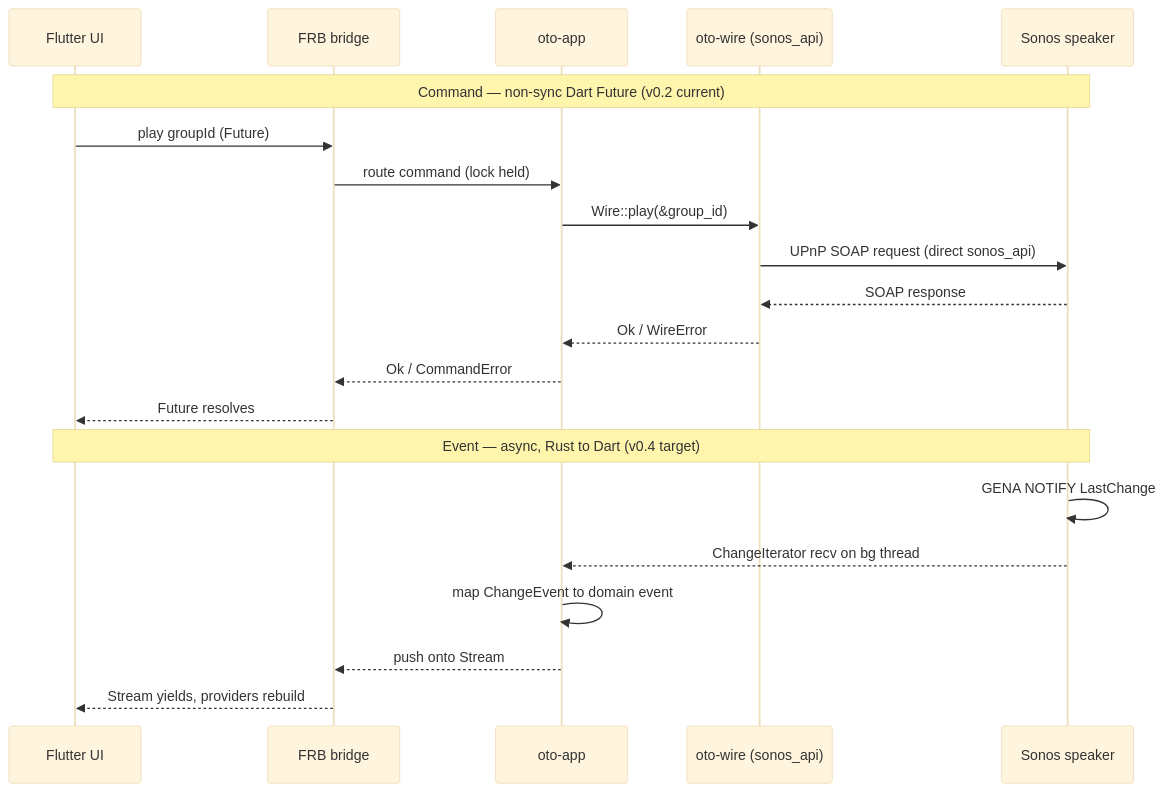
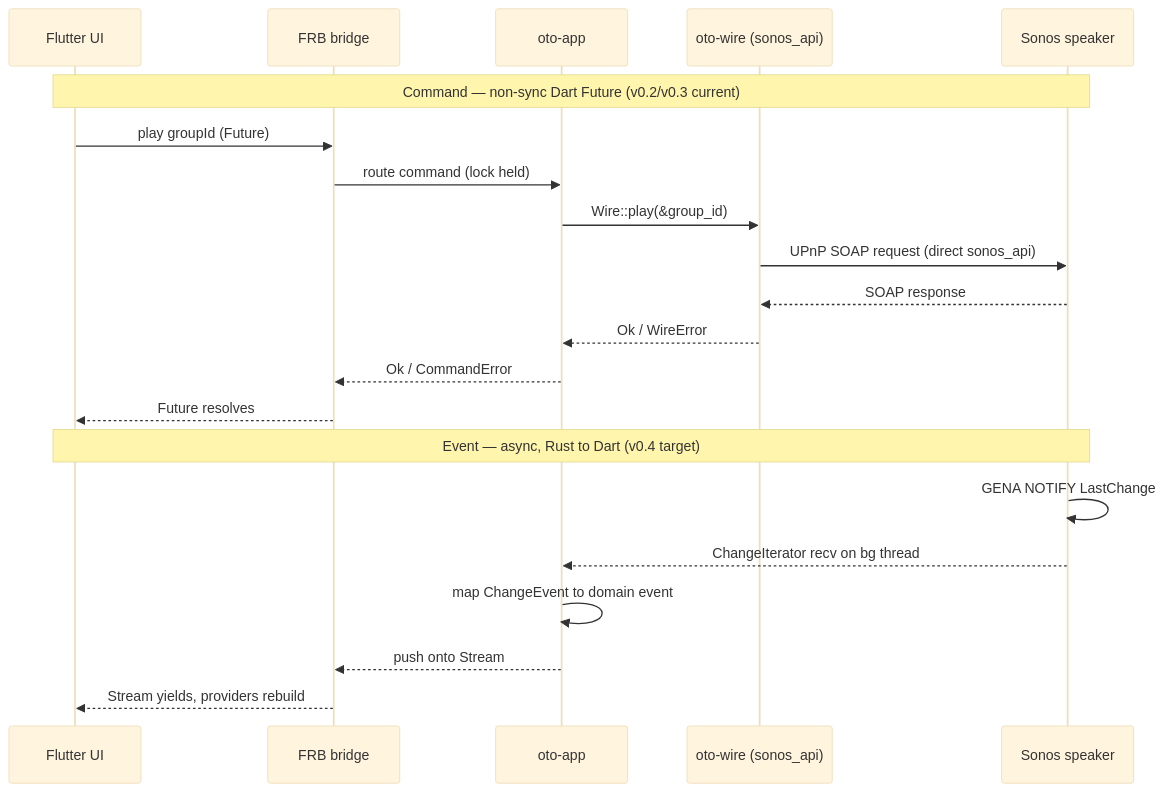
Before and after one commit to Oszkar/oto: the second of 2 diagrams in docs/ARCHITECTURE.md, drawn with Mermaid (base theme). The commit also changed other lines of this file and 12 other files, not shown here.

````diff
--- a/docs/ARCHITECTURE.md
+++ b/docs/ARCHITECTURE.md
@@ -135,25 +151,25 @@
 ```mermaid
 sequenceDiagram
     participant U as Flutter UI
     participant B as FRB bridge
     participant A as oto-app
     participant W as oto-wire (sonos_api)
     participant K as Sonos speaker
 
-    Note over U,K: Command — non-sync Dart Future (v0.2 current)
+    Note over U,K: Command — non-sync Dart Future (v0.2/v0.3 current)
     U->>B: play groupId (Future)
     B->>A: route command (lock held)
     A->>W: Wire::play(&group_id)
     W->>K: UPnP SOAP request (direct sonos_api)
     K-->>W: SOAP response
     W-->>A: Ok / WireError
     A-->>B: Ok / CommandError
     B-->>U: Future resolves
 
     Note over U,K: Event — async, Rust to Dart (v0.4 target)
     K->>K: GENA NOTIFY LastChange
     K-->>A: ChangeIterator recv on bg thread
     A->>A: map ChangeEvent to domain event
     A-->>B: push onto Stream
     B-->>U: Stream yields, providers rebuild
 ```
````
